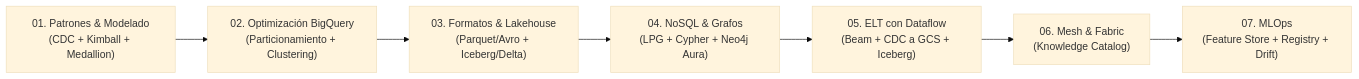
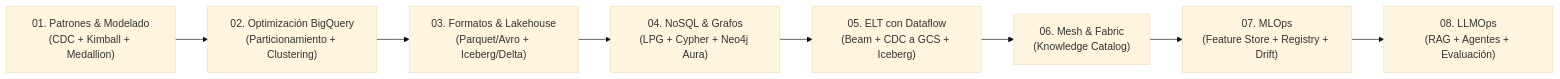
The diagram in README.md (jggomez/analytics-architectures-labs), drawn with Mermaid (base theme) before and after one commit. The commit also changed other lines of this file and 2 other files, not shown here.

First line of the commit message:
feat: add Module 08 on LLMOps -- RAG in BigQuery, an ADK agent, evaluation and observability

````diff
--- a/README.md
+++ b/README.md
@@ -62,9 +67,10 @@
 ```mermaid
 flowchart LR
     A["01. Patrones & Modelado\n(CDC + Kimball + Medallion)"] --> B["02. Optimización BigQuery\n(Particionamiento + Clustering)"]
     B --> C["03. Formatos & Lakehouse\n(Parquet/Avro + Iceberg/Delta)"]
     C --> D["04. NoSQL & Grafos\n(LPG + Cypher + Neo4j Aura)"]
     D --> E["05. ELT con Dataflow\n(Beam + CDC a GCS + Iceberg)"]
     E --> F["06. Mesh & Fabric\n(Knowledge Catalog)"]
     F --> G["07. MLOps\n(Feature Store + Registry + Drift)"]
+    G --> H["08. LLMOps\n(RAG + Agentes + Evaluación)"]
 ```
````
